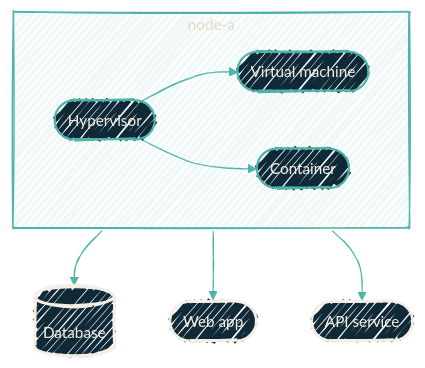
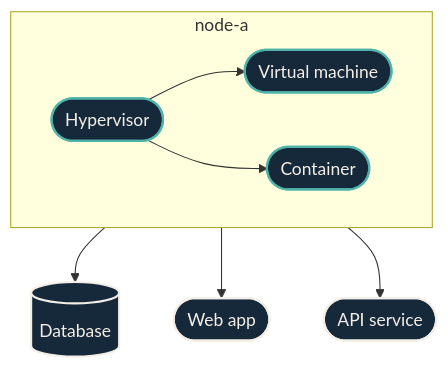
Before and after one commit to dryvist/docs: the diagram in explainers/what-is-a-hypervisor.mdx, drawn with Mermaid. The commit also changed other lines of this file and 116 other files, not shown here.

````diff
--- a/explainers/what-is-a-hypervisor.mdx
+++ b/explainers/what-is-a-hypervisor.mdx
@@ -45,27 +45,31 @@
 ```mermaid
-%%{init:
-  {'theme':'base','look':'handDrawn','themeVariables':{'fontFamily':'Geist','fontSize':'14px','primaryColor':'#102937','primaryTextColor':'#F4EFE6','primaryBorderColor':'#4FB3A9','lineColor':'#4FB3A9','secondaryColor':'#0B1D2A','tertiaryColor':'#1A2A38','clusterBkg':'rgba(79,179,169,0.08)','clusterBorder':'#4FB3A9'}}}%%
-  flowchart TB
+%%{init: {"theme":"base","look":"handDrawn","themeVariables":{"primaryColor":"#123a36","primaryTextColor":"#f4efe6","primaryBorderColor":"#4fb3a9","lineColor":"#4fb3a9","secondaryColor":"#0b1d2a","tertiaryColor":"#16293a","clusterBkg":"#08151f","clusterBorder":"#4fb3a9","fontFamily":"'Geist Sans', system-ui, -apple-system, BlinkMacSystemFont, 'Segoe UI', Roboto, sans-serif","fontSize":"14px"}}}%%
+flowchart TB
+  classDef src fill:#16293a,stroke:#e06b4a,stroke-width:2px,color:#f4efe6;
+  classDef ai fill:#16293a,stroke:#e06b4a,stroke-width:2px,color:#f4efe6;
+  classDef gate fill:#16293a,stroke:#e06b4a,stroke-width:2.5px,color:#f4efe6;
+  classDef hop fill:#16293a,stroke:#4fb3a9,stroke-width:2px,color:#f4efe6;
+  classDef host fill:#16293a,stroke:#4fb3a9,stroke-width:2px,color:#f4efe6;
+  classDef sink fill:#16293a,stroke:#f4efe6,stroke-width:2px,color:#f4efe6;
+  classDef auto fill:#16293a,stroke:#f4efe6,stroke-width:1.5px,color:#f4efe6;
+  classDef external fill:#16293a,stroke:#e6b35a,stroke-width:2px,color:#f4efe6;
   subgraph Node["node-a"]
   direction LR
   Hv([Hypervisor])
   Vm([Virtual machine])
   Ct([Container])
   end
 
   Db[(Database)]
   Web([Web app])
   Api([API service])
 
   Hv --> Vm
   Hv --> Ct
   Vm --> Db
   Ct --> Web
   Ct --> Api
 
-  classDef host fill:#102937,stroke:#4FB3A9,stroke-width:2px,color:#F4EFE6;
-  classDef sink fill:#102937,stroke:#F4EFE6,stroke-width:2.5px,color:#F4EFE6;
-
   class Hv,Vm,Ct host
   class Db,Web,Api sink
 ```
````
